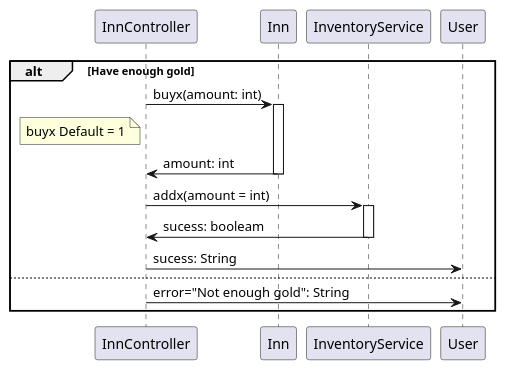
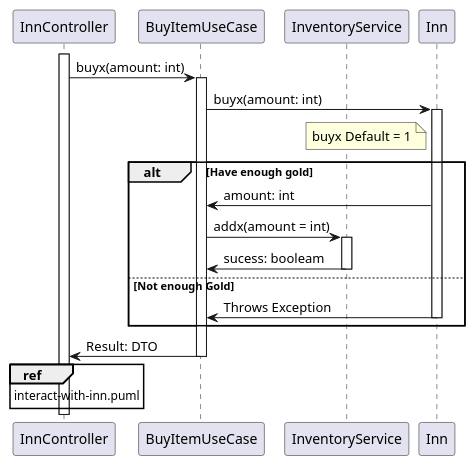
One commit to JosefG50/2203-Legends-of-Sword-and-Wand changed the diagram in rpg-legends/docs/uml/Buyx.puml. Above: the diagram before and after it, drawn with PlantUML. The commit also changed 5 other files, not shown here.

```diff
--- a/rpg-legends/docs/uml/Buyx.puml
+++ b/rpg-legends/docs/uml/Buyx.puml
@@ -1,21 +1,34 @@
-alt Have enough gold
-InnController -> Inn: buyx(amount: int)
+@startuml name 
+participant InnController
+participant BuyItemUseCase
+participant InventoryService
+participant Inn
+
+activate InnController
+InnController -> BuyItemUseCase: buyx(amount: int)
+activate BuyItemUseCase 
+BuyItemUseCase -> Inn: buyx(amount: int)
+note left of Inn
+buyx Default = 1
+end note
 activate Inn
 
-note left of InnController
-buyx Default = 1
-end note
+alt Have enough gold
+Inn -> BuyItemUseCase: amount: int
+' add to InventoryService
+BuyItemUseCase -> InventoryService: addx(amount = int)
+activate InventoryService
+InventoryService -> BuyItemUseCase: sucess: booleam
+deactivate InventoryService
+else Not enough Gold
+Inn -> BuyItemUseCase: Throws Exception
+deactivate Inn
+end
 
-Inn -> InnController: amount: int
-deactivate Inn
-' add to InventoryService
-InnController -> InventoryService: addx(amount = int)
-activate InventoryService
-InventoryService -> InnController: sucess: booleam
-deactivate InventoryService
-InnController -> User: sucess: String
-deactivate InnController
-else
-InnController -> User: error="Not enough gold": String
-deactivate InnController
-end
+BuyItemUseCase -> InnController: Result: DTO
+deactivate BuyItemUseCase
+
+ref over InnController: interact-with-inn.puml
+
+
+@enduml
```
